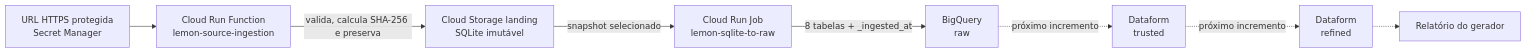
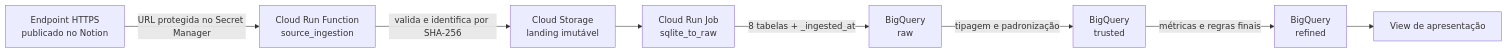
The first of 3 diagrams in README.MD (M4v3r1ck86/lemon-ae-case), drawn with Mermaid before and after one commit. The commit also changed other lines of this file and 16 other files, not shown here.

````diff
--- a/README.MD
+++ b/README.MD
@@ -25,19 +33,19 @@
 ```mermaid
 flowchart LR
-    A[URL HTTPS protegida<br/>Secret Manager]
-    B[Cloud Run Function<br/>lemon-source-ingestion]
-    C[Cloud Storage landing<br/>SQLite imutável]
-    D[Cloud Run Job<br/>lemon-sqlite-to-raw]
+    A[Endpoint HTTPS<br/>publicado no Notion]
+    B[Cloud Run Function<br/>source_ingestion]
+    C[Cloud Storage<br/>landing imutável]
+    D[Cloud Run Job<br/>sqlite_to_raw]
     E[BigQuery<br/>raw]
-    F[Dataform<br/>trusted]
-    G[Dataform<br/>refined]
-    H[Relatório do gerador]
+    F[BigQuery<br/>trusted]
+    G[BigQuery<br/>refined]
+    H[View de apresentação]
 
-    A --> B
-    B -->|valida, calcula SHA-256 e preserva| C
-    C -->|snapshot selecionado| D
+    A -->|URL protegida no Secret Manager| B
+    B -->|valida e identifica por SHA-256| C
+    C --> D
     D -->|8 tabelas + _ingested_at| E
-    E -. próximo incremento .-> F
-    F -. próximo incremento .-> G
-    G -.-> H
+    E -->|tipagem e padronização| F
+    F -->|métricas e regras finais| G
+    G --> H
 ```
````
